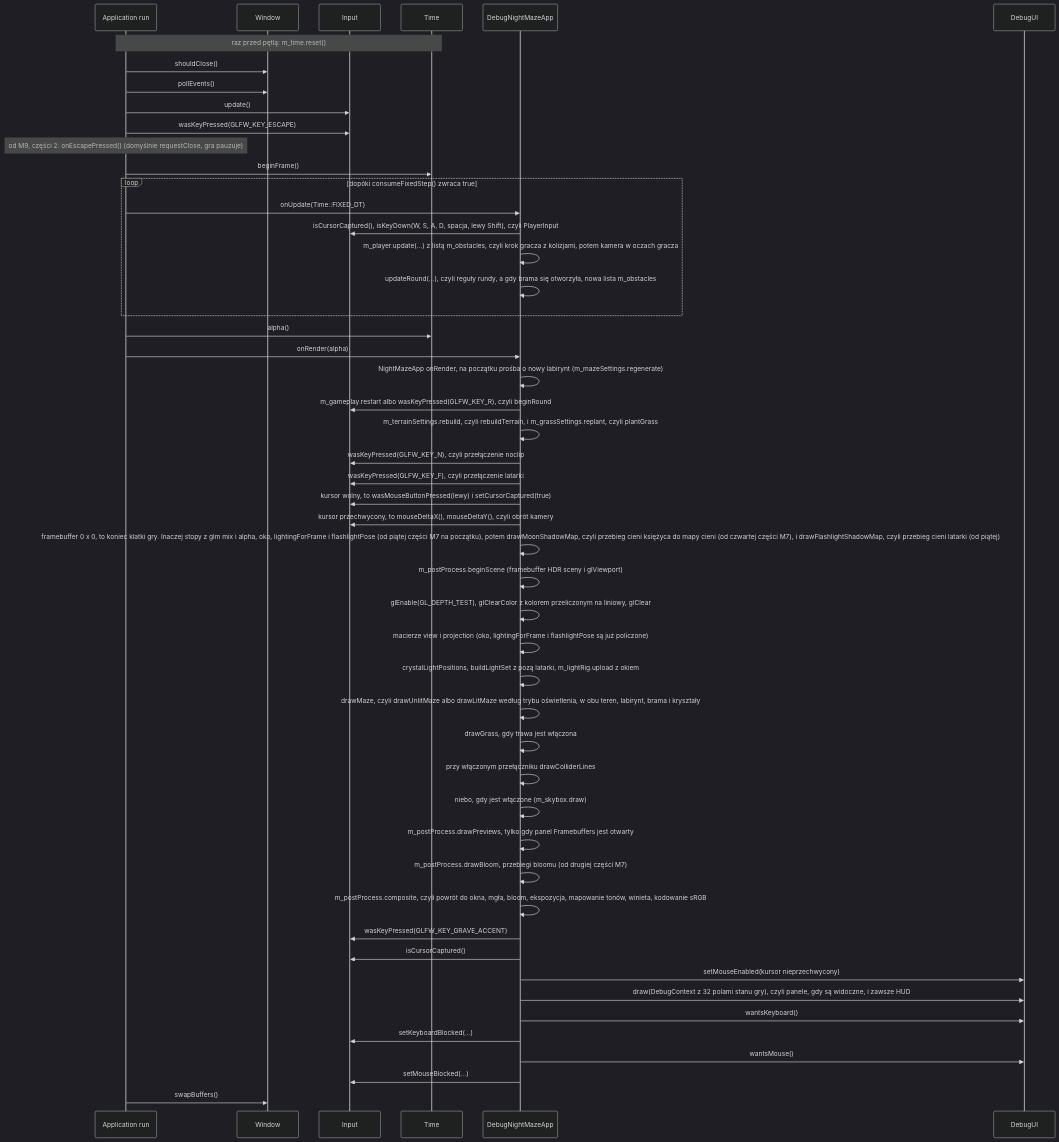
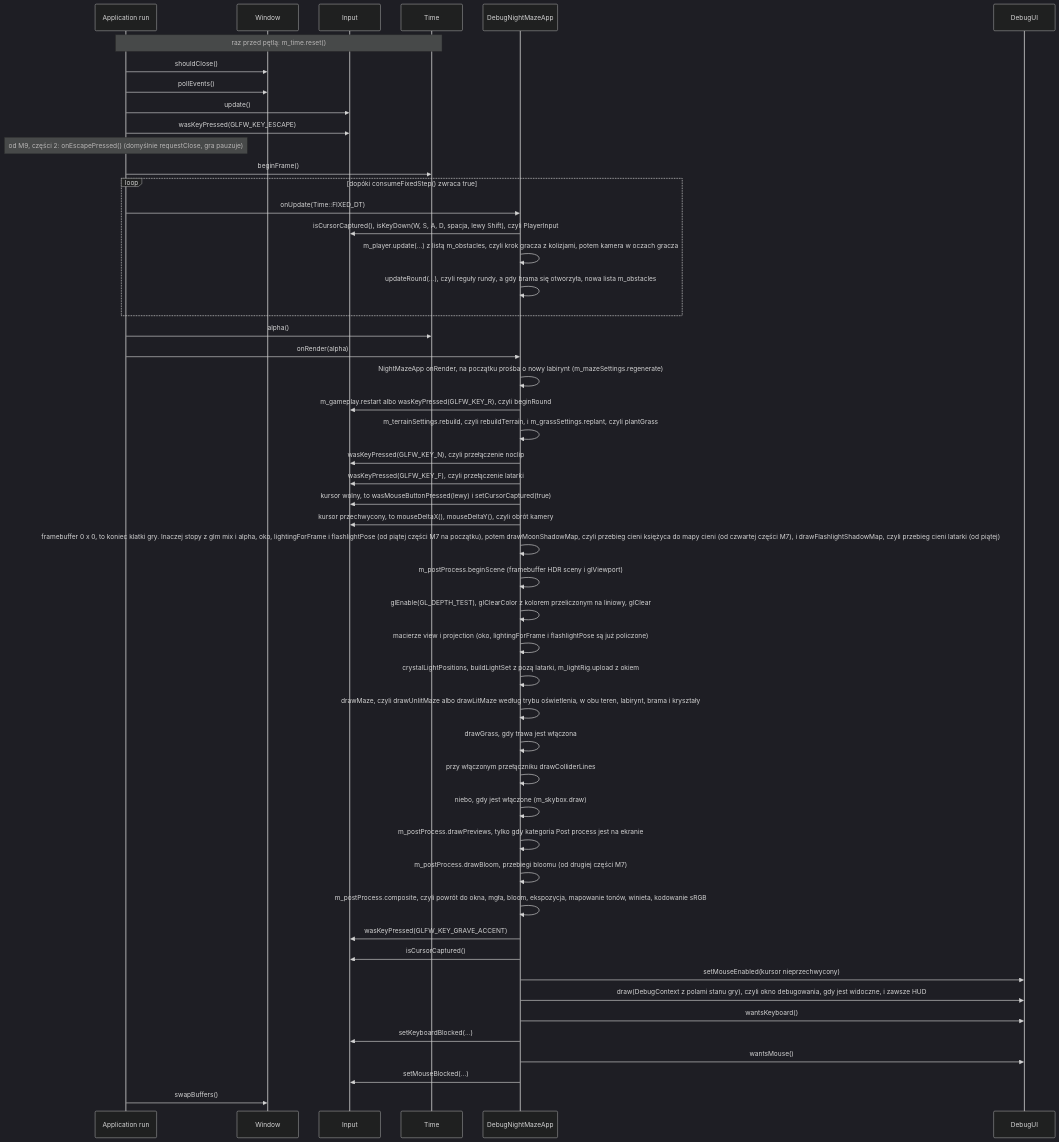
The second of 3 diagrams in docs/modules/core/README.md (Shironex/night-maze), drawn with Mermaid (dark theme) before and after one commit. The commit also changed other lines of this file and 91 other files, not shown here.

Commit message:
docs(debug): rewrite the debug ui document for the one window and repoint the panel references

````diff
--- a/docs/modules/core/README.md
+++ b/docs/modules/core/README.md
@@ -86,52 +86,52 @@
 ```mermaid
 sequenceDiagram
     participant Run as Application run
     participant Win as Window
     participant In as Input
     participant T as Time
     participant App as DebugNightMazeApp
     participant UI as DebugUI
     Note over Run,T: raz przed pętlą: m_time.reset()
     Run->>Win: shouldClose()
     Run->>Win: pollEvents()
     Run->>In: update()
     Run->>In: wasKeyPressed(GLFW_KEY_ESCAPE)
     Note over Run: od M9, części 2: onEscapePressed() (domyślnie requestClose, gra pauzuje)
     Run->>T: beginFrame()
     loop dopóki consumeFixedStep() zwraca true
         Run->>App: onUpdate(Time::FIXED_DT)
         App->>In: isCursorCaptured(), isKeyDown(W, S, A, D, spacja, lewy Shift), czyli PlayerInput
         App->>App: m_player.update(...) z listą m_obstacles, czyli krok gracza z kolizjami, potem kamera w oczach gracza
         App->>App: updateRound(...), czyli reguły rundy, a gdy brama się otworzyła, nowa lista m_obstacles
     end
     Run->>T: alpha()
     Run->>App: onRender(alpha)
     App->>App: NightMazeApp onRender, na początku prośba o nowy labirynt (m_mazeSettings.regenerate)
     App->>In: m_gameplay.restart albo wasKeyPressed(GLFW_KEY_R), czyli beginRound
     App->>App: m_terrainSettings.rebuild, czyli rebuildTerrain, i m_grassSettings.replant, czyli plantGrass
     App->>In: wasKeyPressed(GLFW_KEY_N), czyli przełączenie noclip
     App->>In: wasKeyPressed(GLFW_KEY_F), czyli przełączenie latarki
     App->>In: kursor wolny, to wasMouseButtonPressed(lewy) i setCursorCaptured(true)
     App->>In: kursor przechwycony, to mouseDeltaX(), mouseDeltaY(), czyli obrót kamery
     App->>App: framebuffer 0 x 0, to koniec klatki gry. Inaczej stopy z glm mix i alpha, oko, lightingForFrame i flashlightPose (od piątej części M7 na początku), potem drawMoonShadowMap, czyli przebieg cieni księżyca do mapy cieni (od czwartej części M7), i drawFlashlightShadowMap, czyli przebieg cieni latarki (od piątej)
     App->>App: m_postProcess.beginScene (framebuffer HDR sceny i glViewport)
     App->>App: glEnable(GL_DEPTH_TEST), glClearColor z kolorem przeliczonym na liniowy, glClear
     App->>App: macierze view i projection (oko, lightingForFrame i flashlightPose są już policzone)
     App->>App: crystalLightPositions, buildLightSet z pozą latarki, m_lightRig.upload z okiem
     App->>App: drawMaze, czyli drawUnlitMaze albo drawLitMaze według trybu oświetlenia, w obu teren, labirynt, brama i kryształy
     App->>App: drawGrass, gdy trawa jest włączona
     App->>App: przy włączonym przełączniku drawColliderLines
     App->>App: niebo, gdy jest włączone (m_skybox.draw)
-    App->>App: m_postProcess.drawPreviews, tylko gdy panel Framebuffers jest otwarty
+    App->>App: m_postProcess.drawPreviews, tylko gdy kategoria Post process jest na ekranie
     App->>App: m_postProcess.drawBloom, przebiegi bloomu (od drugiej części M7)
     App->>App: m_postProcess.composite, czyli powrót do okna, mgła, bloom, ekspozycja, mapowanie tonów, winieta, kodowanie sRGB
     App->>In: wasKeyPressed(GLFW_KEY_GRAVE_ACCENT)
     App->>In: isCursorCaptured()
     App->>UI: setMouseEnabled(kursor nieprzechwycony)
-    App->>UI: draw(DebugContext z 32 polami stanu gry), czyli panele, gdy są widoczne, i zawsze HUD
+    App->>UI: draw(DebugContext z polami stanu gry), czyli okno debugowania, gdy jest widoczne, i zawsze HUD
     App->>UI: wantsKeyboard()
     App->>In: setKeyboardBlocked(...)
     App->>UI: wantsMouse()
     App->>In: setMouseBlocked(...)
     Run->>Win: swapBuffers()
 ```
````
